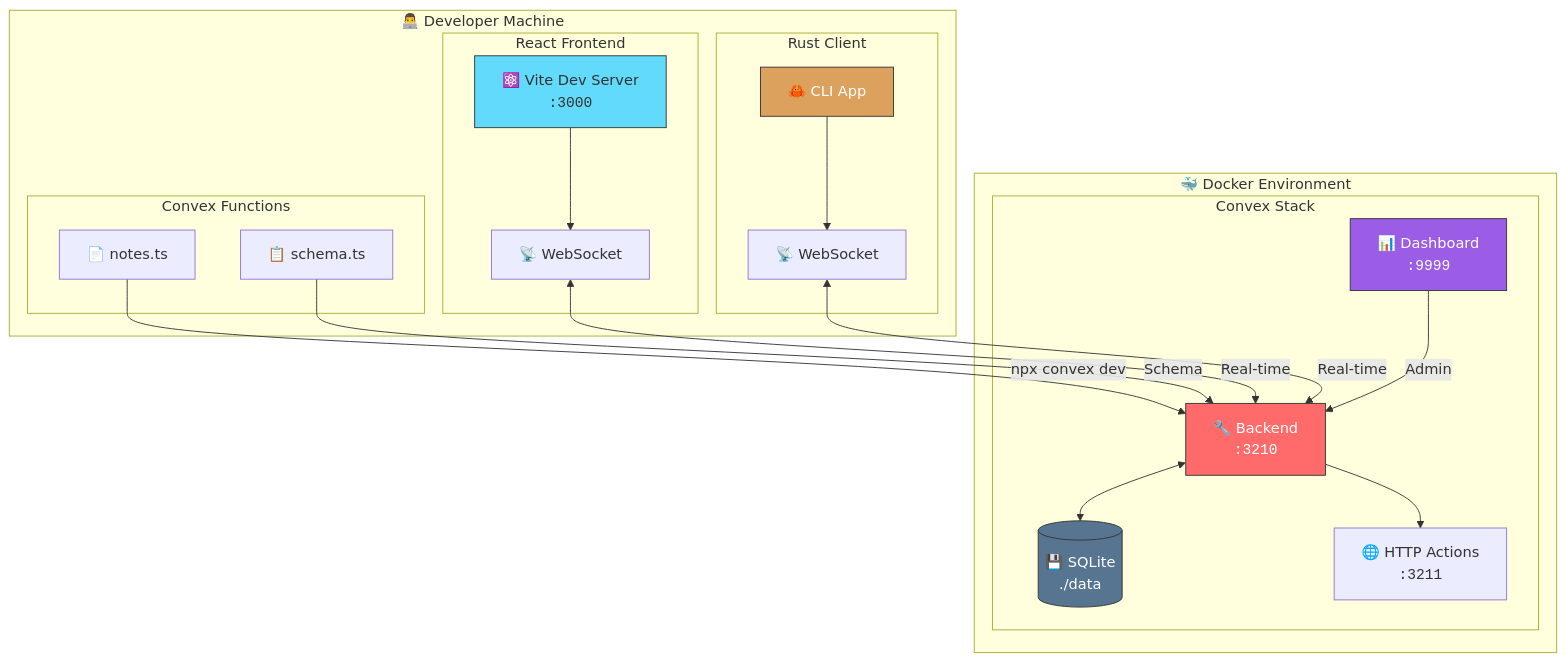
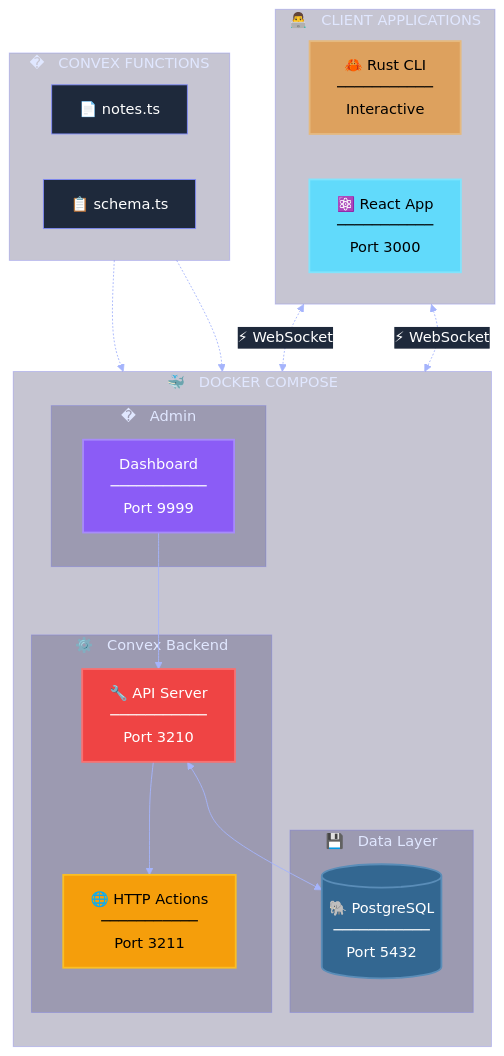
The first of 5 diagrams in README.md (sabry-awad97/convex-notes), drawn with Mermaid before and after one commit. The commit also changed other lines of this file, not shown here.

````diff
--- a/README.md
+++ b/README.md
@@ -82,44 +95,48 @@
 ```mermaid
-graph TB
-    subgraph "🐳 Docker Environment"
-        subgraph "Convex Stack"
-            BE["🔧 Backend<br/><code>:3210</code>"]
-            HA["🌐 HTTP Actions<br/><code>:3211</code>"]
-            DB[("💾 SQLite<br/>./data")]
-            DASH["📊 Dashboard<br/><code>:9999</code>"]
+%%{init: {'theme': 'base', 'themeVariables': { 'primaryColor': '#6366f1', 'primaryTextColor': '#fff', 'primaryBorderColor': '#818cf8', 'lineColor': '#a5b4fc', 'secondaryColor': '#1e1b4b', 'tertiaryColor': '#312e81', 'background': '#0f172a', 'mainBkg': '#1e293b', 'nodeBorder': '#818cf8', 'clusterBkg': '#1e1b4b40', 'clusterBorder': '#6366f150', 'titleColor': '#e0e7ff', 'edgeLabelBackground': '#1e293b'}}}%%
+
+flowchart TB
+    subgraph DOCKER["🐳 &nbsp; DOCKER COMPOSE"]
+        direction TB
+
+        subgraph DB_LAYER["💾 &nbsp; Data Layer"]
+            PG[("🐘 PostgreSQL<br/>───────────<br/>Port 5432")]
+        end
+
+        subgraph CONVEX["⚙️ &nbsp; Convex Backend"]
+            API["🔧 API Server<br/>───────────<br/>Port 3210"]
+            HTTP["🌐 HTTP Actions<br/>───────────<br/>Port 3211"]
+        end
+
+        subgraph ADMIN["� &nbsp; Admin"]
+            DASH["Dashboard<br/>───────────<br/>Port 9999"]
         end
     end
 
-    subgraph "👨‍💻 Developer Machine"
-        subgraph "Rust Client"
-            RC["🦀 CLI App"]
-            WS1["📡 WebSocket"]
-        end
-
-        subgraph "React Frontend"
-            FE["⚛️ Vite Dev Server<br/><code>:3000</code>"]
-            WS2["📡 WebSocket"]
-        end
-
-        subgraph "Convex Functions"
-            FN["📄 notes.ts"]
-            SC["📋 schema.ts"]
-        end
+    subgraph CLIENTS["👨‍💻 &nbsp; CLIENT APPLICATIONS"]
+        direction LR
+        RUST["🦀 Rust CLI<br/>───────────<br/>Interactive"]
+        REACT["⚛️ React App<br/>───────────<br/>Port 3000"]
     end
 
-    RC --> WS1
-    WS1 <-->|"Real-time"| BE
-    FE --> WS2
-    WS2 <-->|"Real-time"| BE
-    BE <--> DB
-    BE --> HA
-    DASH -->|"Admin"| BE
-    FN -->|"npx convex dev"| BE
-    SC -->|"Schema"| BE
+    subgraph FUNCTIONS["� &nbsp; CONVEX FUNCTIONS"]
+        direction LR
+        NOTES["📄 notes.ts"]
+        SCHEMA["📋 schema.ts"]
+    end
 
-    style BE fill:#ff6b6b,stroke:#333,color:#fff
-    style RC fill:#dda15e,stroke:#333,color:#fff
-    style FE fill:#61dafb,stroke:#333,color:#333
-    style DB fill:#577590,stroke:#333,color:#fff
-    style DASH fill:#9b5de5,stroke:#333,color:#fff
+    RUST <-. "⚡ WebSocket" .-> API
+    REACT <-. "⚡ WebSocket" .-> API
+    API <--> PG
+    API --> HTTP
+    DASH --> API
+    NOTES -.-> API
+    SCHEMA -.-> API
+
+    style PG fill:#336791,stroke:#5A8DB8,stroke-width:2px,color:#fff
+    style API fill:#ef4444,stroke:#f87171,stroke-width:2px,color:#fff
+    style HTTP fill:#f59e0b,stroke:#fbbf24,stroke-width:2px,color:#000
+    style DASH fill:#8b5cf6,stroke:#a78bfa,stroke-width:2px,color:#fff
+    style RUST fill:#dda15e,stroke:#e5b97e,stroke-width:2px,color:#000
+    style REACT fill:#61dafb,stroke:#81e4fc,stroke-width:2px,color:#000
 ```
````
